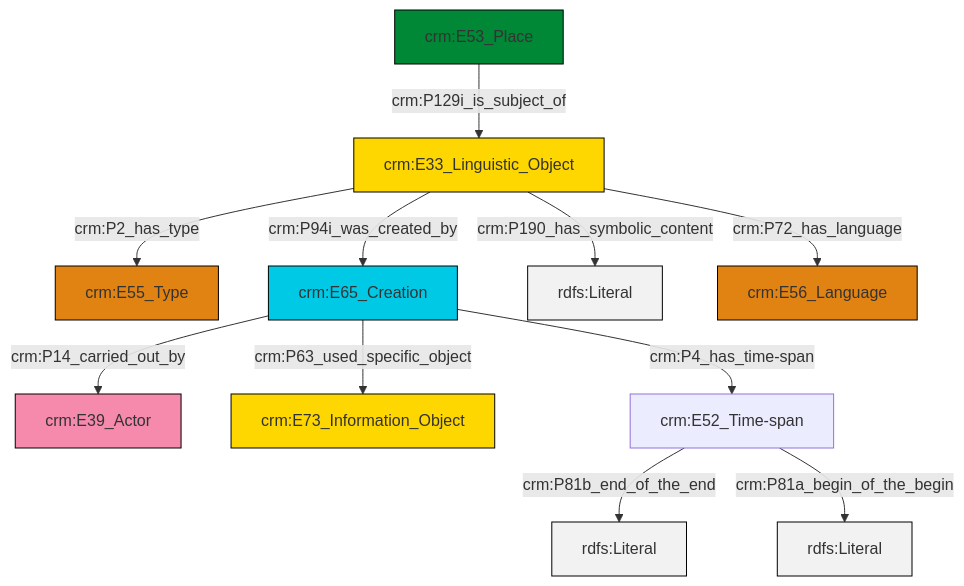
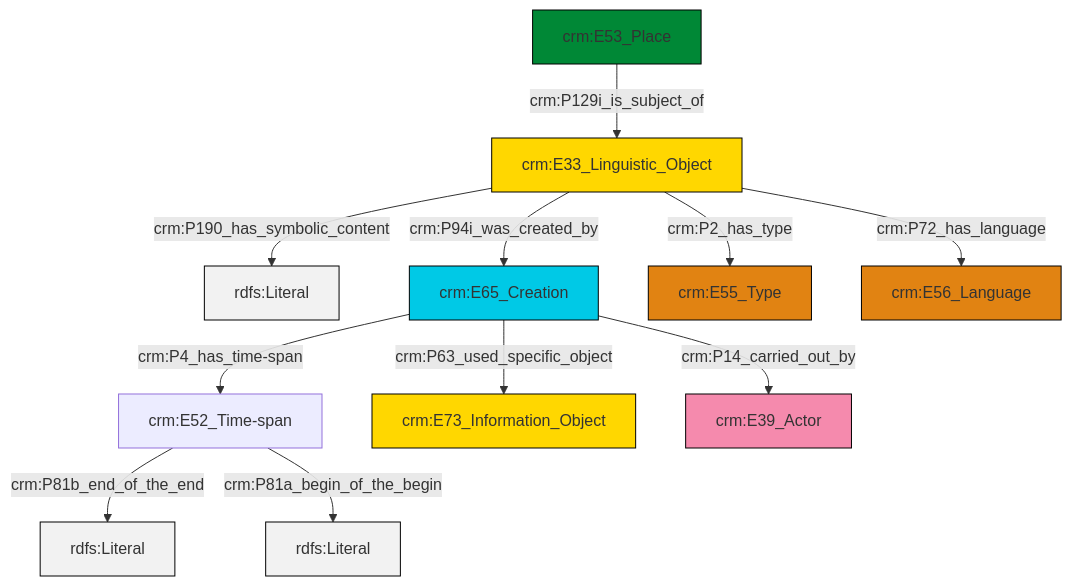
The diagram in et/placeCSV/ttl/mmd/place_description.ttl.mmd (swiss-art-research-net/reference-data-models), drawn with Mermaid before and after one commit. The commit also changed 125 other files, not shown here.

```diff
--- a/et/placeCSV/ttl/mmd/place_description.ttl.mmd
+++ b/et/placeCSV/ttl/mmd/place_description.ttl.mmd
@@ -1,25 +1,25 @@
 graph TD
 classDef Literal fill:#f2f2f2,stroke:#000000;
 classDef CRM_Entity fill:#FFFFFF,stroke:#000000;
 classDef Temporal_Entity fill:#00C9E6, stroke:#000000;
 classDef Type fill:#E18312, stroke:#000000;
 classDef Time-Span fill:#2C9C91, stroke:#000000;
 classDef Appellation fill:#FFEB7F, stroke:#000000;
 classDef Place fill:#008836, stroke:#000000;
 classDef Persistent_Item fill:#B266B2, stroke:#000000;
 classDef Conceptual_Object fill:#FFD700, stroke:#000000;
 classDef Physical_Thing fill:#D2B48C, stroke:#000000;
 classDef Actor fill:#f58aad, stroke:#000000;
 classDef PC_Classes fill:#4ce600, stroke:#000000;
 classDef Multi fill:#cccccc,stroke:#000000;
 
-2["crm:E65_Creation"]:::Temporal_Entity -->|crm:P14_carried_out_by| 3["crm:E39_Actor"]:::Actor
-4["crm:E33_Linguistic_Object"]:::Conceptual_Object -->|crm:P190_has_symbolic_content| 5[rdfs:Literal]:::Literal
-2["crm:E65_Creation"]:::Temporal_Entity -->|crm:P63_used_specific_object| 6["crm:E73_Information_Object"]:::Conceptual_Object
-9["crm:E52_Time-span"]:::Default -->|crm:P81b_end_of_the_end| 10[rdfs:Literal]:::Literal
-4["crm:E33_Linguistic_Object"]:::Conceptual_Object -->|crm:P72_has_language| 11["crm:E56_Language"]:::Type
-4["crm:E33_Linguistic_Object"]:::Conceptual_Object -->|crm:P2_has_type| 0["crm:E55_Type"]:::Type
-4["crm:E33_Linguistic_Object"]:::Conceptual_Object -->|crm:P94i_was_created_by| 2["crm:E65_Creation"]:::Temporal_Entity
-9["crm:E52_Time-span"]:::Default -->|crm:P81a_begin_of_the_begin| 14[rdfs:Literal]:::Literal
-2["crm:E65_Creation"]:::Temporal_Entity -->|crm:P4_has_time-span| 9["crm:E52_Time-span"]:::Default
-16["crm:E53_Place"]:::Place -->|crm:P129i_is_subject_of| 4["crm:E33_Linguistic_Object"]:::Conceptual_Object
+0["crm:E52_Time-span"]:::Default -->|crm:P81b_end_of_the_end| 1[rdfs:Literal]:::Literal
+2["crm:E33_Linguistic_Object"]:::Conceptual_Object -->|crm:P190_has_symbolic_content| 3[rdfs:Literal]:::Literal
+7["crm:E65_Creation"]:::Temporal_Entity -->|crm:P14_carried_out_by| 8["crm:E39_Actor"]:::Actor
+9["crm:E53_Place"]:::Place -->|crm:P129i_is_subject_of| 2["crm:E33_Linguistic_Object"]:::Conceptual_Object
+2["crm:E33_Linguistic_Object"]:::Conceptual_Object -->|crm:P94i_was_created_by| 7["crm:E65_Creation"]:::Temporal_Entity
+0["crm:E52_Time-span"]:::Default -->|crm:P81a_begin_of_the_begin| 10[rdfs:Literal]:::Literal
+7["crm:E65_Creation"]:::Temporal_Entity -->|crm:P63_used_specific_object| 5["crm:E73_Information_Object"]:::Conceptual_Object
+7["crm:E65_Creation"]:::Temporal_Entity -->|crm:P4_has_time-span| 0["crm:E52_Time-span"]:::Default
+2["crm:E33_Linguistic_Object"]:::Conceptual_Object -->|crm:P2_has_type| 13["crm:E55_Type"]:::Type
+2["crm:E33_Linguistic_Object"]:::Conceptual_Object -->|crm:P72_has_language| 17["crm:E56_Language"]:::Type
```
